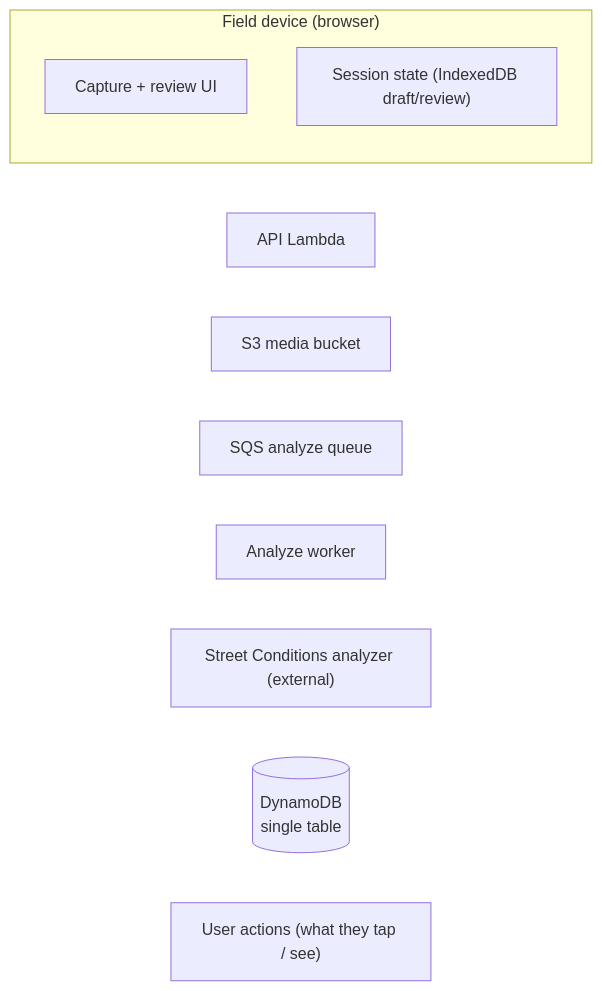
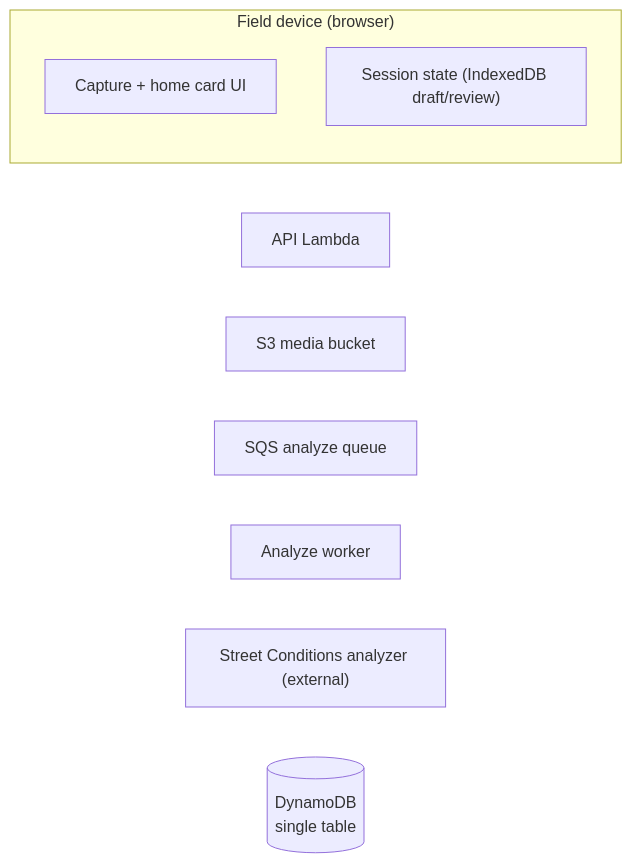
The first of 6 diagrams in docs/perimeter-check-data-flow.md (Mayor-s-Office-of-Innovation/good-neighbor-app), drawn with Mermaid before and after one commit. The commit also changed other lines of this file and 2 other files, not shown here.

````diff
--- a/docs/perimeter-check-data-flow.md
+++ b/docs/perimeter-check-data-flow.md
@@ -61,14 +68,13 @@
 ```mermaid
 flowchart LR
   subgraph device["Field device (browser)"]
-    UI["Capture + review UI"]
+    UI["Capture + home card UI"]
     SES["Session state (IndexedDB draft/review)"]
   end
   API["API Lambda"]
   S3["S3 media bucket"]
   Q["SQS analyze queue"]
   W["Analyze worker"]
   AZ["Street Conditions analyzer (external)"]
   DB[("DynamoDB<br/>single table")]
-  UI2["User actions (what they tap / see)"]
 ```
````
